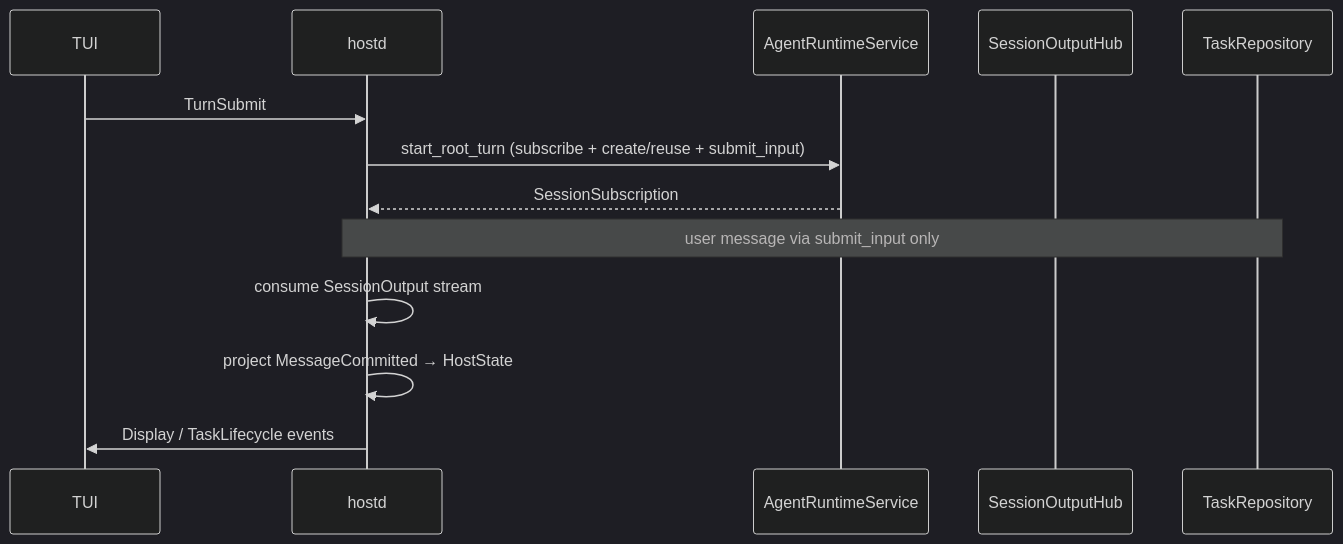
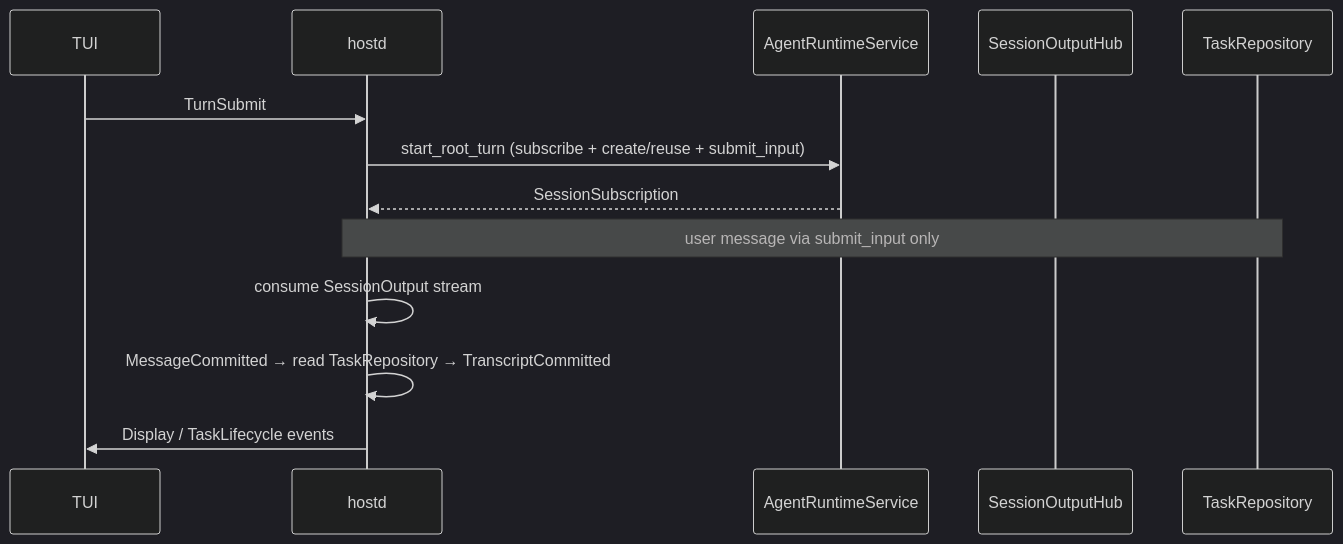
One commit to biuld/piko changed the diagram in packages/orchd/docs/host-integration.md. Above: the diagram before and after it, drawn with Mermaid (dark theme). The commit also changed other lines of this file and 45 other files, not shown here.

First line of the commit message:
Implement session-scoped persist sinks, live projection, and turn lifecycle architecture.

````diff
--- a/packages/orchd/docs/host-integration.md
+++ b/packages/orchd/docs/host-integration.md
@@ -76,16 +76,16 @@
 ```mermaid
 sequenceDiagram
     participant TUI
     participant Host as hostd
     participant RT as AgentRuntimeService
     participant Hub as SessionOutputHub
     participant Store as TaskRepository
 
     TUI->>Host: TurnSubmit
     Host->>RT: start_root_turn (subscribe + create/reuse + submit_input)
     RT-->>Host: SessionSubscription
     Note over Host,Store: user message via submit_input only
     Host->>Host: consume SessionOutput stream
-    Host->>Host: project MessageCommitted → HostState
+    Host->>Host: MessageCommitted → read TaskRepository → TranscriptCommitted
     Host->>TUI: Display / TaskLifecycle events
 ```
````
